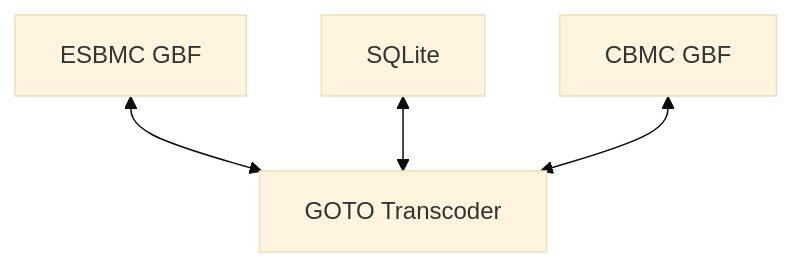
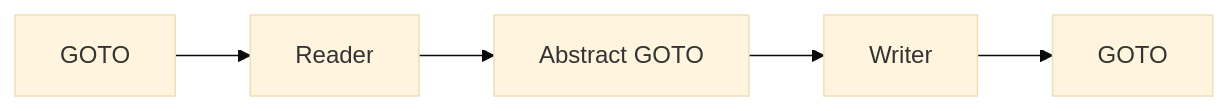
The diagram in README.md (rafaelsamenezes/goto-transcoder), drawn with Mermaid (base theme) before and after one commit. The commit also changed other lines of this file, not shown here.

````diff
--- a/README.md
+++ b/README.md
@@ -5,7 +15,9 @@
 ```mermaid
-flowchart TD
-    C[GOTO Transcoder]
-    A[ESBMC GBF] <--> C[GOTO Transcoder]
-    S[SQLite] <--> C
-    B[CBMC GBF] <--> C
+flowchart LR
+    A[GOTO] --> R
+    R[Reader] --> G
+    G[Abstract GOTO]
+    G --> W
+    W[Writer]
+    W --> T[GOTO]
 ```
````
